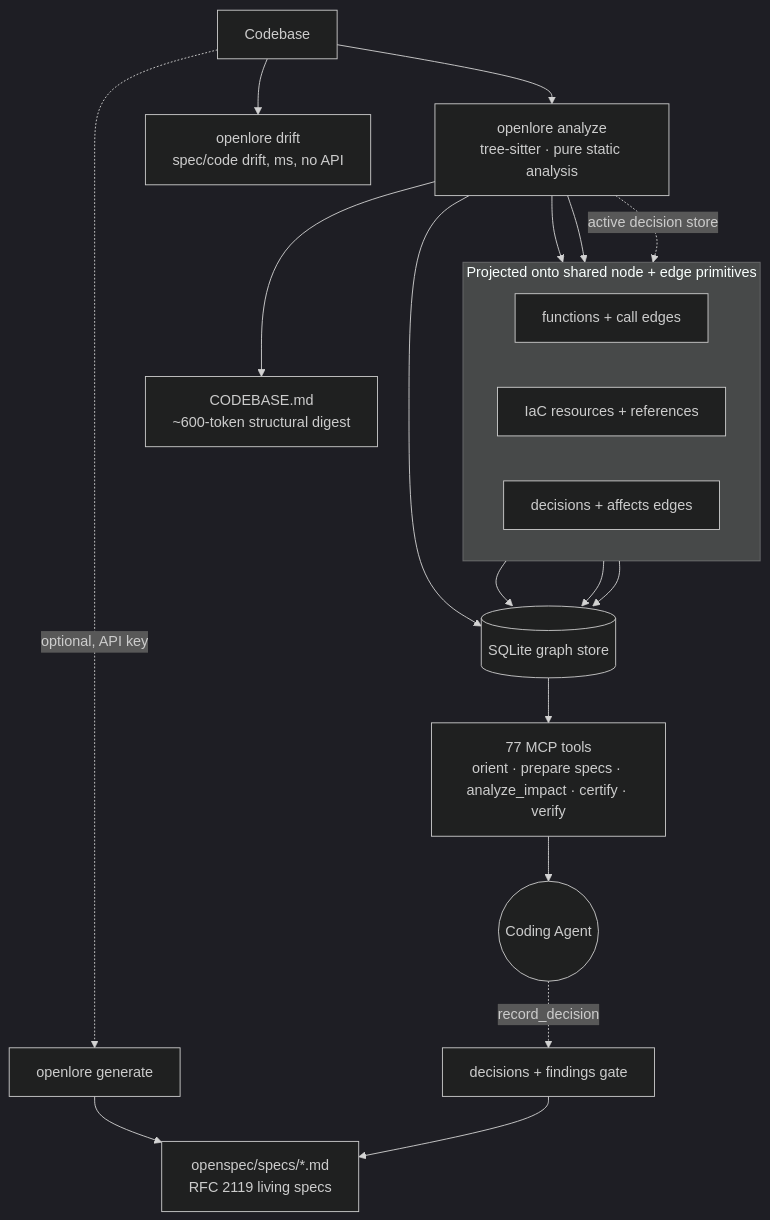
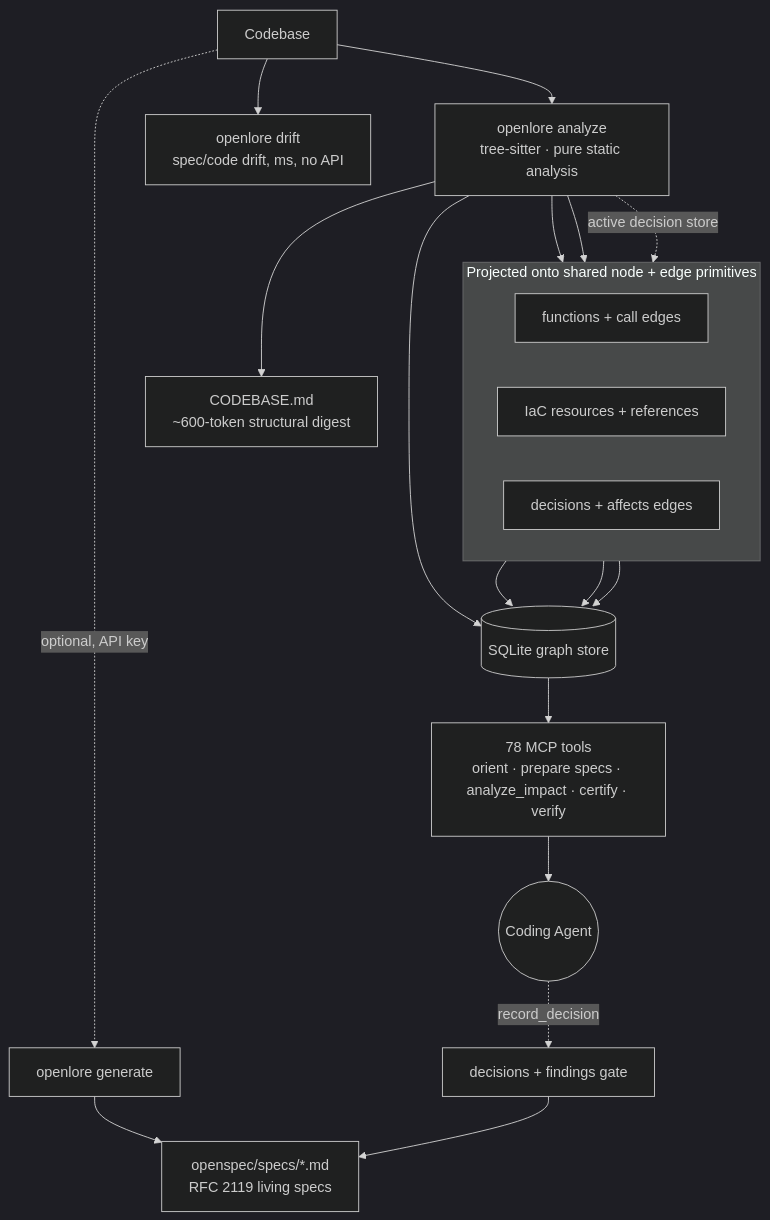
One commit to clay-good/OpenLore changed the diagram in README.md. Above: the diagram before and after it, drawn with Mermaid (dark theme). The commit also changed other lines of this file and 21 other files, not shown here.

````diff
--- a/README.md
+++ b/README.md
@@ -299,28 +299,28 @@
 ```mermaid
 flowchart TD
     Code[Codebase] --> Analyze[openlore analyze<br/>tree-sitter · pure static analysis]
     Analyze --> DB[(SQLite graph store)]
     Analyze --> Digest[CODEBASE.md<br/>~600-token structural digest]
 
     subgraph shared["Projected onto shared node + edge primitives"]
       direction LR
       CodeNodes[functions + call edges]
       Iac[IaC resources + references]
       Dec[decisions + affects edges]
     end
     Analyze --> CodeNodes
     Analyze --> Iac
     Analyze -. active decision store .-> Dec
     CodeNodes --> DB
     Iac --> DB
     Dec --> DB
 
-    DB --> MCP[77 MCP tools<br/>orient · prepare specs · analyze_impact · certify · verify]
+    DB --> MCP[78 MCP tools<br/>orient · prepare specs · analyze_impact · certify · verify]
     MCP --> Agent((Coding Agent))
 
     Code -. optional, API key .-> Gen[openlore generate]
     Gen --> Specs[openspec/specs/*.md<br/>RFC 2119 living specs]
     Code --> Drift[openlore drift<br/>spec/code drift, ms, no API]
     Agent -. record_decision .-> Gate[decisions + findings gate]
     Gate --> Specs
 ```
````
